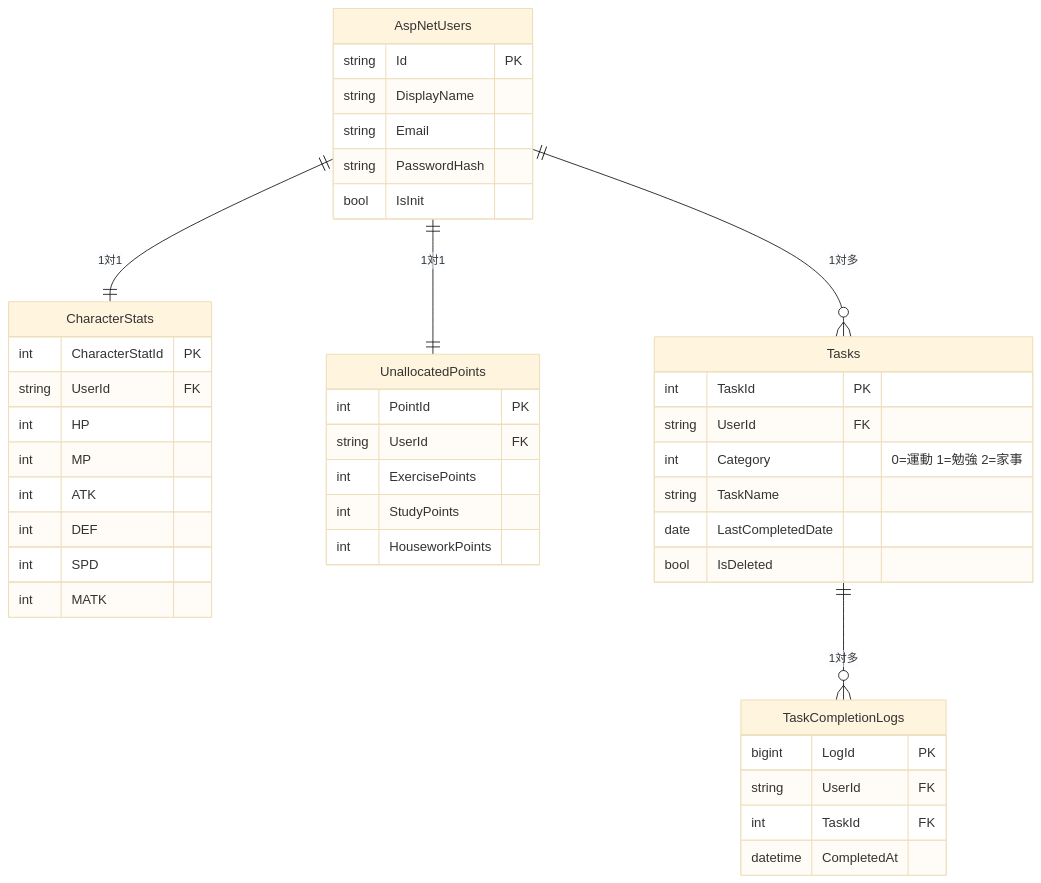
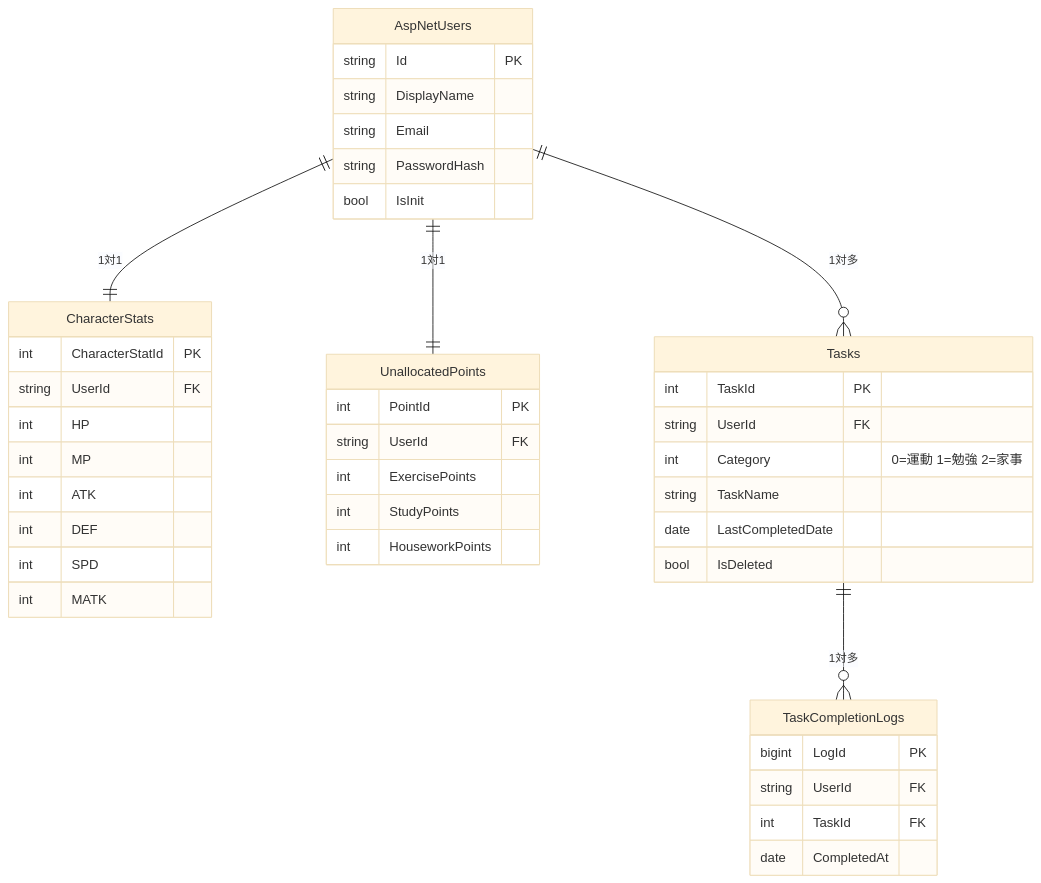
One commit to LightGive/simple-todo-web-app changed the diagram in documents/db-design.md. Above: the diagram before and after it, drawn with Mermaid (base theme). The commit also changed other lines of this file, not shown here.

First line of the commit message:
DB設計書を更新（DateTimeをDateOnlyに変更）

````diff
--- a/documents/db-design.md
+++ b/documents/db-design.md
@@ -5,50 +5,50 @@
 ```mermaid
 erDiagram
     AspNetUsers ||--|| CharacterStats : "1対1"
     AspNetUsers ||--|| UnallocatedPoints : "1対1"
     AspNetUsers ||--o{ Tasks : "1対多"
     Tasks ||--o{ TaskCompletionLogs : "1対多"
 
     AspNetUsers {
         string Id PK
         string DisplayName
         string Email
         string PasswordHash
         bool IsInit
     }
 
     Tasks {
         int TaskId PK
         string UserId FK
         int Category "0=運動 1=勉強 2=家事"
         string TaskName
         date LastCompletedDate
         bool IsDeleted
     }
 
     TaskCompletionLogs {
         bigint LogId PK
         string UserId FK
         int TaskId FK
-        datetime CompletedAt
+        date CompletedAt
     }
 
     CharacterStats {
         int CharacterStatId PK
         string UserId FK
         int HP
         int MP
         int ATK
         int DEF
         int SPD
         int MATK
     }
 
     UnallocatedPoints {
         int PointId PK
         string UserId FK
         int ExercisePoints
         int StudyPoints
         int HouseworkPoints
     }
 ```
````
